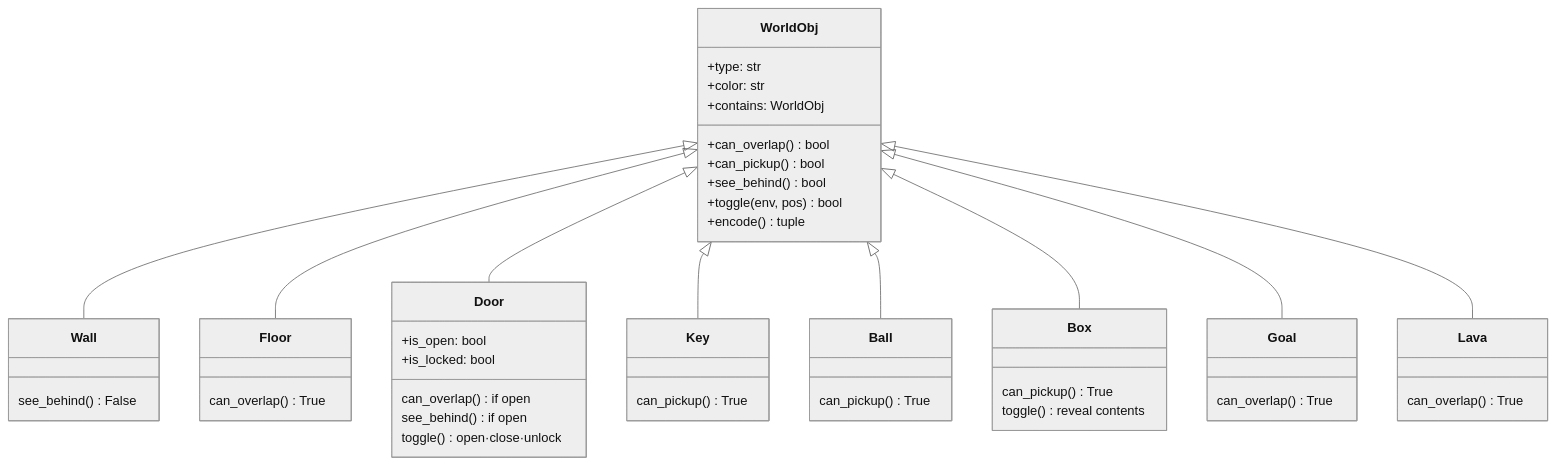
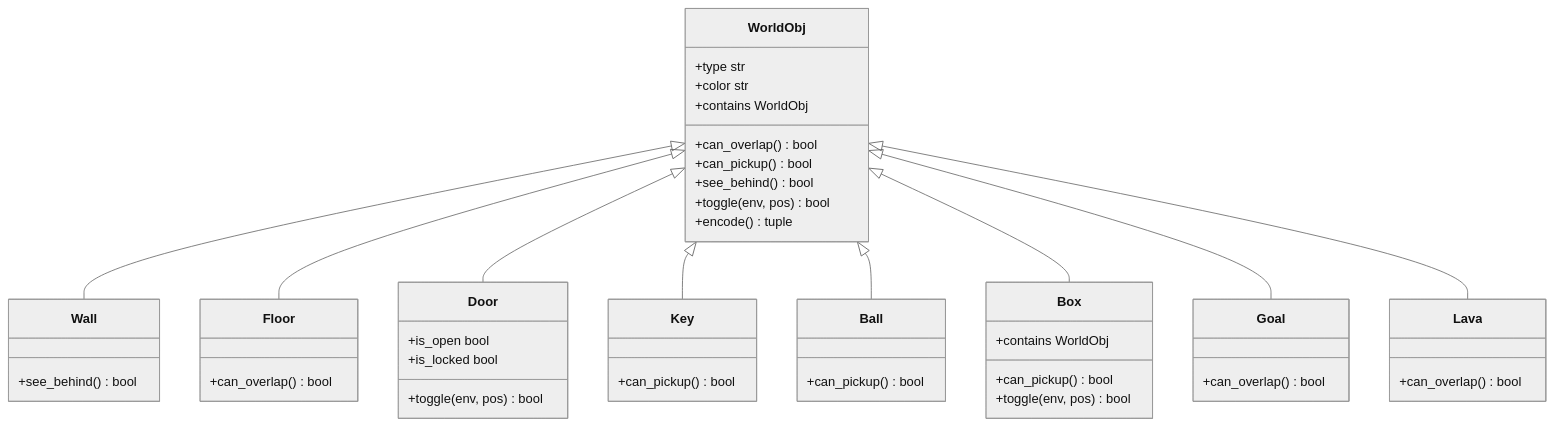
Before and after one commit to alexandermfisher/minigrid: the third of 6 diagrams in docs/content/architecture.md, drawn with Mermaid (neutral theme). The commit also changed other lines of this file, not shown here.

First line of the commit message:
Fix Mermaid diagram syntax so diagrams actually render

````diff
--- a/docs/content/architecture.md
+++ b/docs/content/architecture.md
@@ -51,39 +51,50 @@
 ```{mermaid}
 classDiagram
     class WorldObj {
-        +type: str
-        +color: str
-        +contains: WorldObj
+        +type str
+        +color str
+        +contains WorldObj
         +can_overlap() bool
         +can_pickup() bool
         +see_behind() bool
         +toggle(env, pos) bool
         +encode() tuple
     }
-    class Wall { see_behind() False }
-    class Floor { can_overlap() True }
+    class Wall {
+        +see_behind() bool
+    }
+    class Floor {
+        +can_overlap() bool
+    }
     class Door {
-        +is_open: bool
-        +is_locked: bool
-        can_overlap() if open
-        see_behind() if open
-        toggle() open·close·unlock
+        +is_open bool
+        +is_locked bool
+        +toggle(env, pos) bool
     }
-    class Key { can_pickup() True }
-    class Ball { can_pickup() True }
+    class Key {
+        +can_pickup() bool
+    }
+    class Ball {
+        +can_pickup() bool
+    }
     class Box {
-        can_pickup() True
-        toggle() reveal contents
+        +contains WorldObj
+        +can_pickup() bool
+        +toggle(env, pos) bool
     }
-    class Goal { can_overlap() True }
-    class Lava { can_overlap() True }
+    class Goal {
+        +can_overlap() bool
+    }
+    class Lava {
+        +can_overlap() bool
+    }
 
     WorldObj <|-- Wall
     WorldObj <|-- Floor
     WorldObj <|-- Door
     WorldObj <|-- Key
     WorldObj <|-- Ball
     WorldObj <|-- Box
     WorldObj <|-- Goal
     WorldObj <|-- Lava
 ```
````
